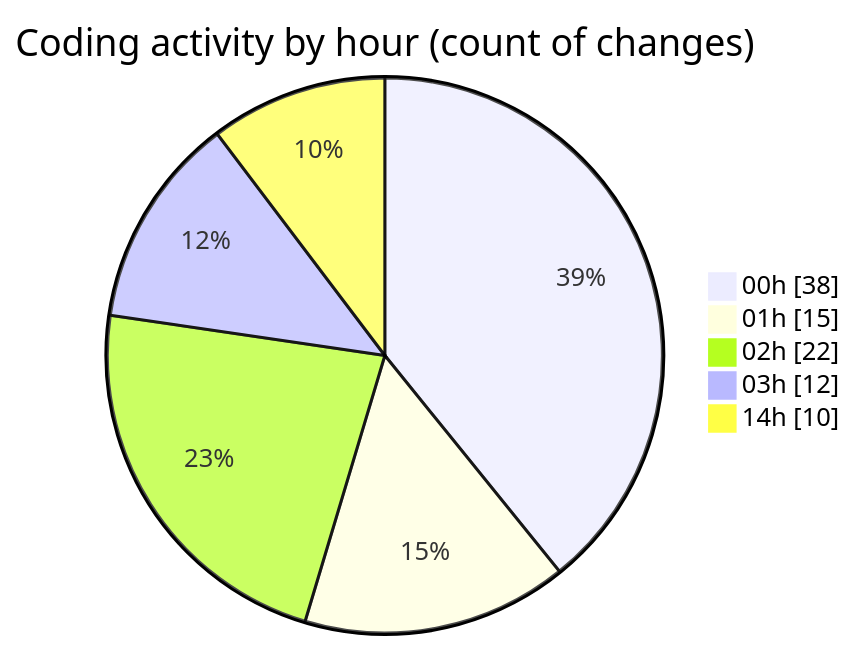
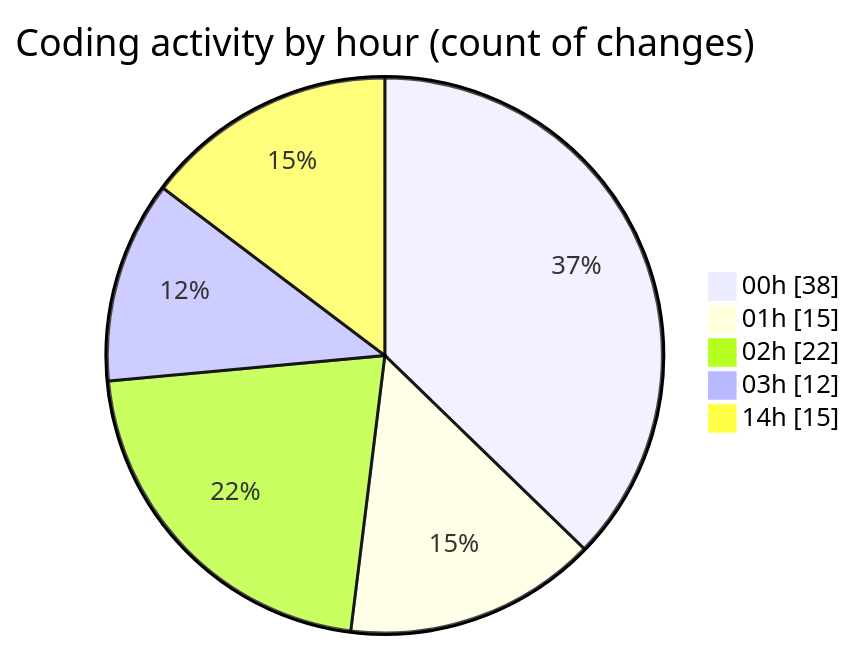
The second of 2 diagrams in 2025-03-08/uber_clone/README.md (donsfak/code-tracking), drawn with Mermaid before and after one commit. The commit also changed other lines of this file and 1 other file, not shown here.

````diff
--- a/2025-03-08/uber_clone/README.md
+++ b/2025-03-08/uber_clone/README.md
@@ -34,9 +34,9 @@
 ```mermaid
 pie showData
 title Coding activity by hour (count of changes)
 "00h" : 38
 "01h" : 15
 "02h" : 22
 "03h" : 12
-"14h" : 10
+"14h" : 15
 ```
````
